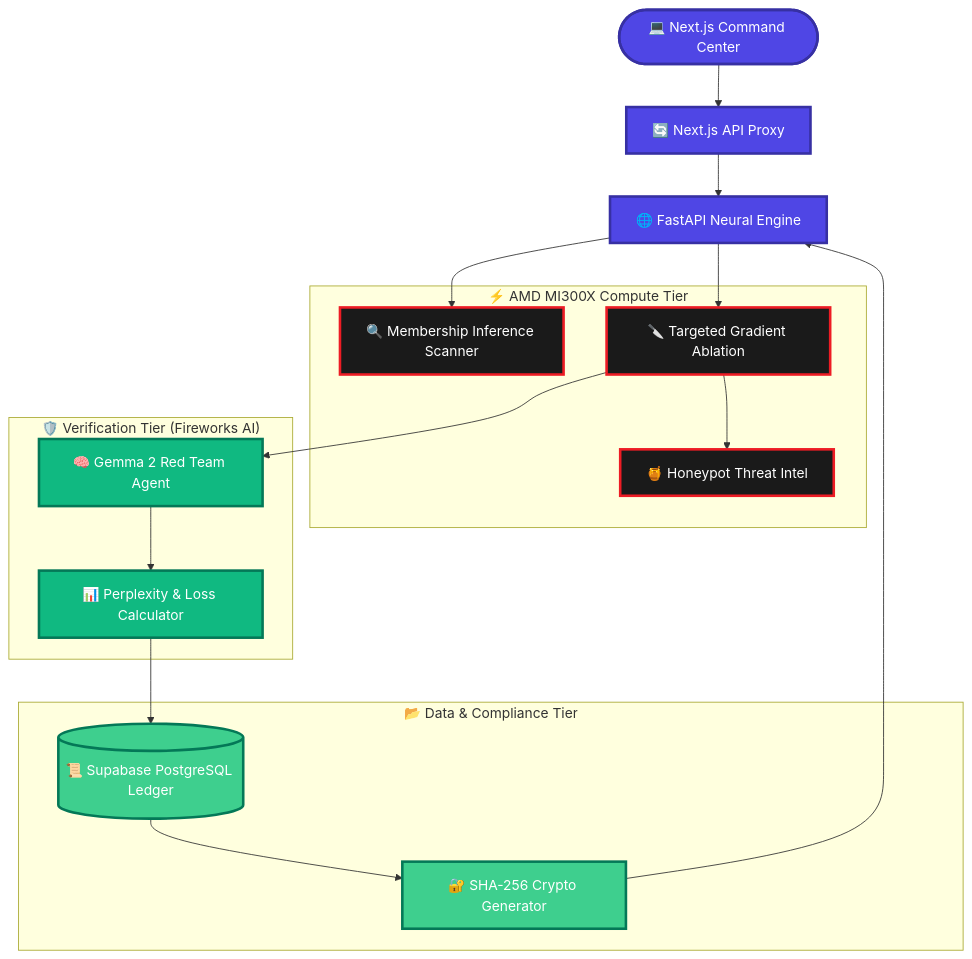
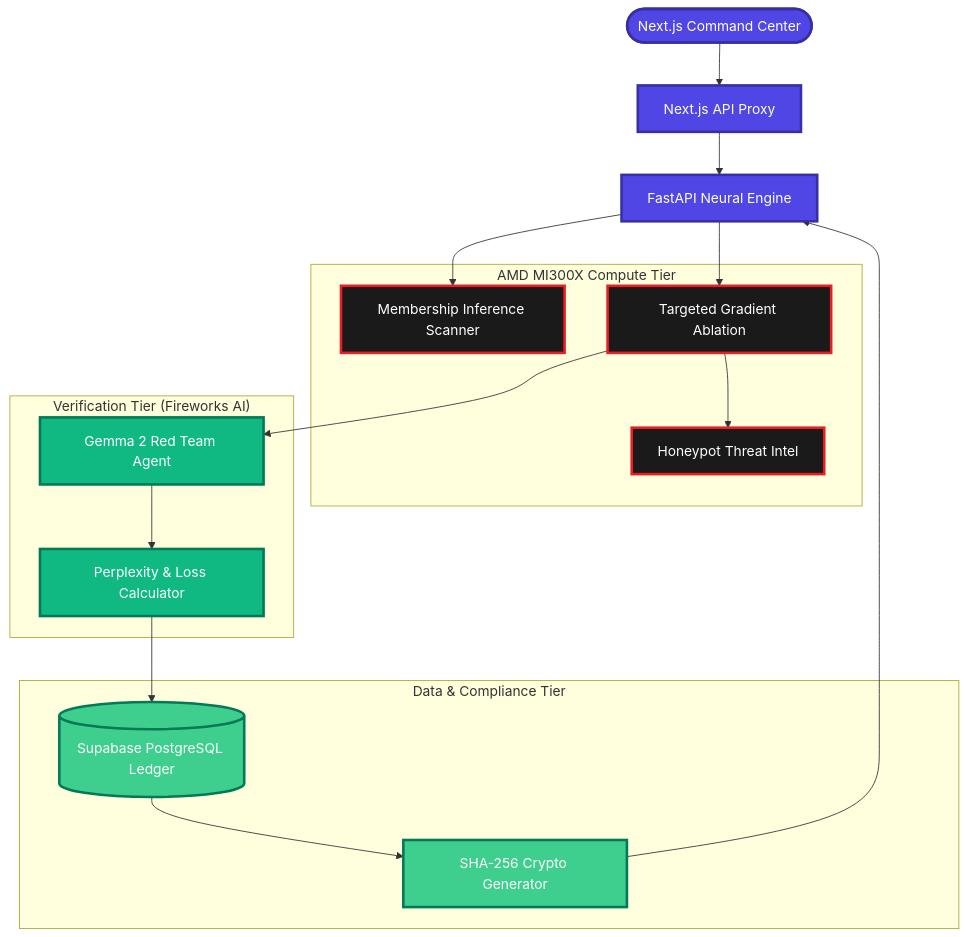
The first of 2 diagrams in README.md (abhinandbs12/project-raze), drawn with Mermaid before and after one commit.

Commit message:
docs: remove emojis from architecture diagram for cleaner presentation

````diff
--- a/README.md
+++ b/README.md
@@ -31,39 +31,39 @@
 ```mermaid
 graph TD
-    Client([💻 Next.js Command Center])
-    Proxy[🔄 Next.js API Proxy]
-    API[🌐 FastAPI Neural Engine]
+    Client([Next.js Command Center])
+    Proxy[Next.js API Proxy]
+    API[FastAPI Neural Engine]
 
-    subgraph Compute["⚡ AMD MI300X Compute Tier"]
-        Scanner[🔍 Membership Inference Scanner]
-        Surgery[🔪 Targeted Gradient Ablation]
-        Tracker[🍯 Honeypot Threat Intel]
+    subgraph Compute["AMD MI300X Compute Tier"]
+        Scanner[Membership Inference Scanner]
+        Surgery[Targeted Gradient Ablation]
+        Tracker[Honeypot Threat Intel]
     end
 
-    subgraph Verify["🛡️ Verification Tier (Fireworks AI)"]
-        RedTeam[🧠 Gemma 2 Red Team Agent]
-        Evaluator[📊 Perplexity & Loss Calculator]
+    subgraph Verify["Verification Tier (Fireworks AI)"]
+        RedTeam[Gemma 2 Red Team Agent]
+        Evaluator[Perplexity & Loss Calculator]
     end
 
-    subgraph Data["📂 Data & Compliance Tier"]
-        Ledger[(📜 Supabase PostgreSQL Ledger)]
-        Hash[🔐 SHA-256 Crypto Generator]
+    subgraph Data["Data & Compliance Tier"]
+        Ledger[(Supabase PostgreSQL Ledger)]
+        Hash[SHA-256 Crypto Generator]
     end
 
     Client --> Proxy --> API
     API --> Scanner & Surgery
     Surgery --> Tracker
     Surgery --> RedTeam
     RedTeam --> Evaluator
     Evaluator --> Ledger --> Hash --> API
 
     classDef amd fill:#1a1a1a,stroke:#ED1C24,stroke-width:3px,color:#fff;
     classDef gemma fill:#10B981,stroke:#047857,stroke-width:3px,color:#fff;
     classDef data fill:#3ECF8E,stroke:#047857,stroke-width:3px,color:#fff;
     classDef core fill:#4F46E5,stroke:#3730A3,stroke-width:3px,color:#fff;
     
     class Surgery,Scanner,Tracker amd
     class RedTeam,Evaluator gemma
     class Ledger,Hash data
     class API,Client,Proxy core
 ```
````
